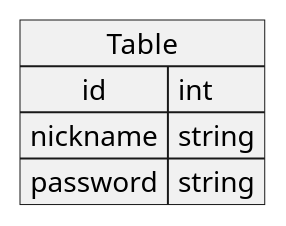
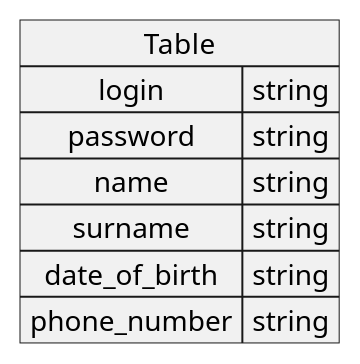
One commit to Navalgan/Service-oriented-architectures changed the diagram in doc/ER-user.puml. Above: the diagram before and after it, drawn with PlantUML. The commit also changed 14 other files, not shown here.

```diff
--- a/doc/ER-user.puml
+++ b/doc/ER-user.puml
@@ -1,7 +1,10 @@
 @startuml
 map Table {
- id => int
- nickname => string
+ login => string
  password => string
+ name => string
+ surname => string
+ date_of_birth => string
+ phone_number => string
 }
 @enduml
```
